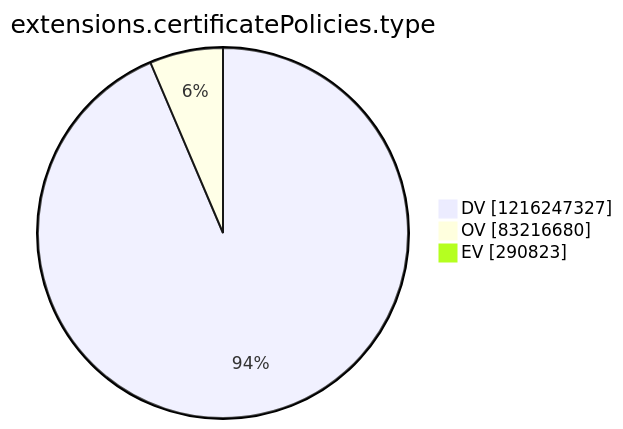
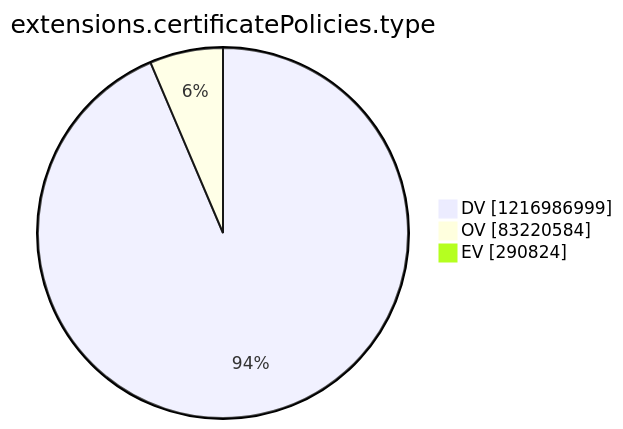
One commit to christiankrug/ctmonitor_visualization changed the tenth of 15 diagrams in argon2022/README.md. Above: the diagram before and after it, drawn with Mermaid. The commit also changed other lines of this file, not shown here.

````diff
--- a/argon2022/README.md
+++ b/argon2022/README.md
@@ -2769,7 +2769,7 @@
 ```mermaid
 pie showData
 title extensions.certificatePolicies.type
-"DV" :1216247327
-"OV" :83216680
-"EV" :290823
+"DV" :1216986999
+"OV" :83220584
+"EV" :290824
 ```
````
